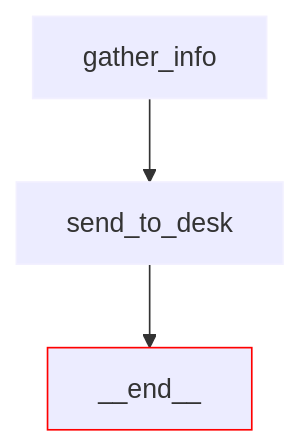
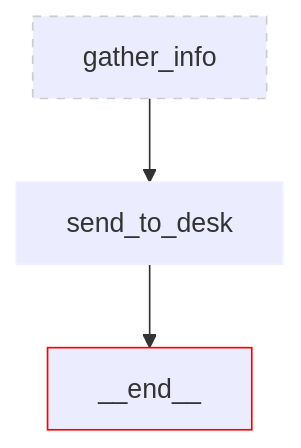
The fifth of 5 diagrams in src/workflows/support_desk/nodes/README.md (dextersjab/agentic-workbench-langgraph), drawn with Mermaid before and after one commit. The commit also changed other lines of this file, not shown here.

````diff
--- a/src/workflows/support_desk/nodes/README.md
+++ b/src/workflows/support_desk/nodes/README.md
@@ -90,10 +102,12 @@
 ```mermaid
 graph TD
     A[gather_info] --> B[send_to_desk]
     B --> C[__end__]
     
     classDef default stroke:#f2f0ff,line-height:1.2
+    classDef context stroke-dasharray: 5 5,stroke:#cccccc,line-height:1.2
     classDef last stroke:red
     
+    class A context
     class C last
 ```
````
